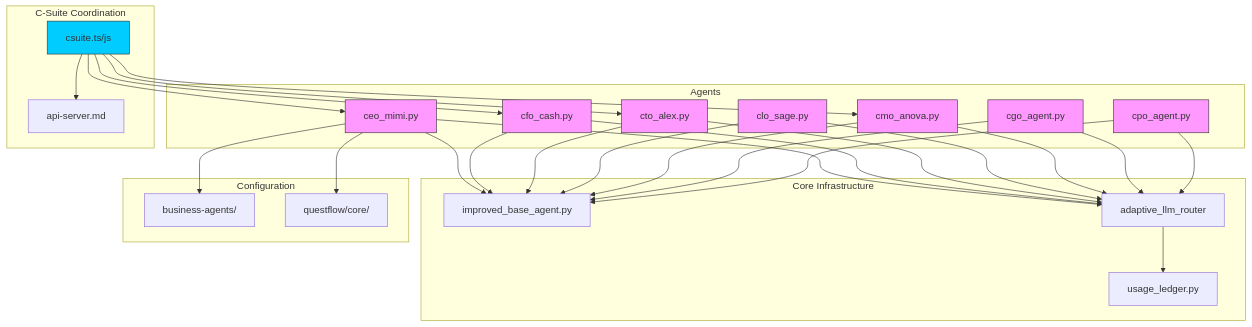
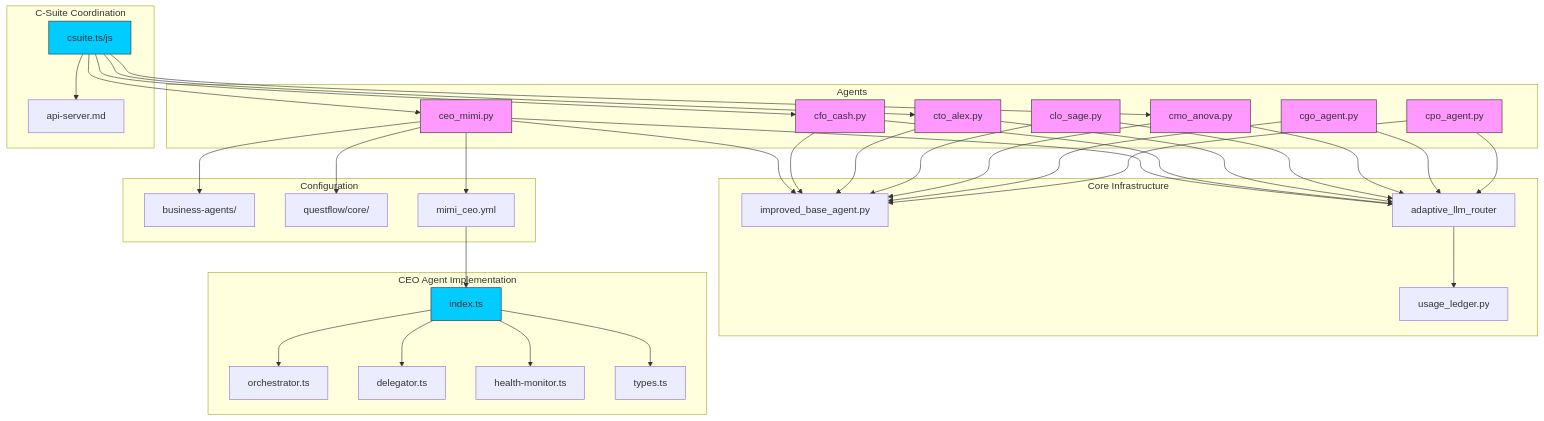
One commit to 371-Minds/os changed the first of 6 diagrams in .qoder/repowiki/en/content/Agent Ecosystem/C-Suite Agents/C-Suite Agents.md. Above: the diagram before and after it, drawn with Mermaid. The commit also changed other lines of this file and 28 other files, not shown here.

````diff
--- a/.qoder/repowiki/en/content/Agent Ecosystem/C-Suite Agents/C-Suite Agents.md
+++ b/.qoder/repowiki/en/content/Agent Ecosystem/C-Suite Agents/C-Suite Agents.md
@@ -52,55 +60,70 @@
 ```mermaid
 graph TD
 subgraph "Agents"
 CEO[ceo_mimi.py]
 CFO[cfo_cash.py]
 CTO[cto_alex.py]
 CLO[clo_sage.py]
 CMO[cmo_anova.py]
 CGO[cgo_agent.py]
 CPO[cpo_agent.py]
 end
 subgraph "Core Infrastructure"
 BaseAgent[improved_base_agent.py]
 Router[adaptive_llm_router]
 Ledger[usage_ledger.py]
 end
 subgraph "Configuration"
 YAMLConfig[business-agents/]
 JSONConfig[questflow/core/]
+Brain[mimi_ceo.yml]
 end
 subgraph "C-Suite Coordination"
 CSuite[csuite.ts/js]
 API[api-server.md]
+end
+subgraph "CEO Agent Implementation"
+Body[index.ts]
+Orchestrator[orchestrator.ts]
+Delegator[delegator.ts]
+HealthMonitor[health-monitor.ts]
+Types[types.ts]
 end
 CEO --> BaseAgent
 CFO --> BaseAgent
 CTO --> BaseAgent
 CLO --> BaseAgent
 CMO --> BaseAgent
 CGO --> BaseAgent
 CPO --> BaseAgent
 CEO --> Router
 CFO --> Router
 CTO --> Router
 CLO --> Router
 CMO --> Router
 CGO --> Router
 CPO --> Router
 Router --> Ledger
 CEO --> YAMLConfig
 CEO --> JSONConfig
 CSuite --> API
 CSuite --> CEO
 CSuite --> CTO
 CSuite --> CFO
 CSuite --> CMO
+CEO --> Brain
+Brain --> Body
+Body --> Orchestrator
+Body --> Delegator
+Body --> HealthMonitor
+Body --> Types
 style CEO fill:#f9f,stroke:#333
 style CFO fill:#f9f,stroke:#333
 style CTO fill:#f9f,stroke:#333
 style CLO fill:#f9f,stroke:#333
 style CMO fill:#f9f,stroke:#333
 style CGO fill:#f9f,stroke:#333
 style CPO fill:#f9f,stroke:#333
 style CSuite fill:#00ccff,stroke:#333
+style Body fill:#00ccff,stroke:#333
 ```
````
